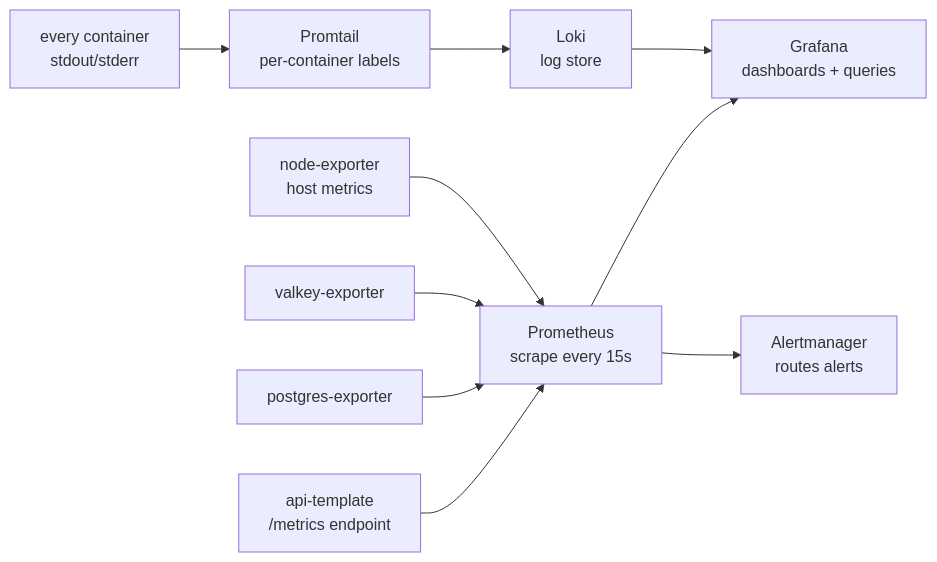
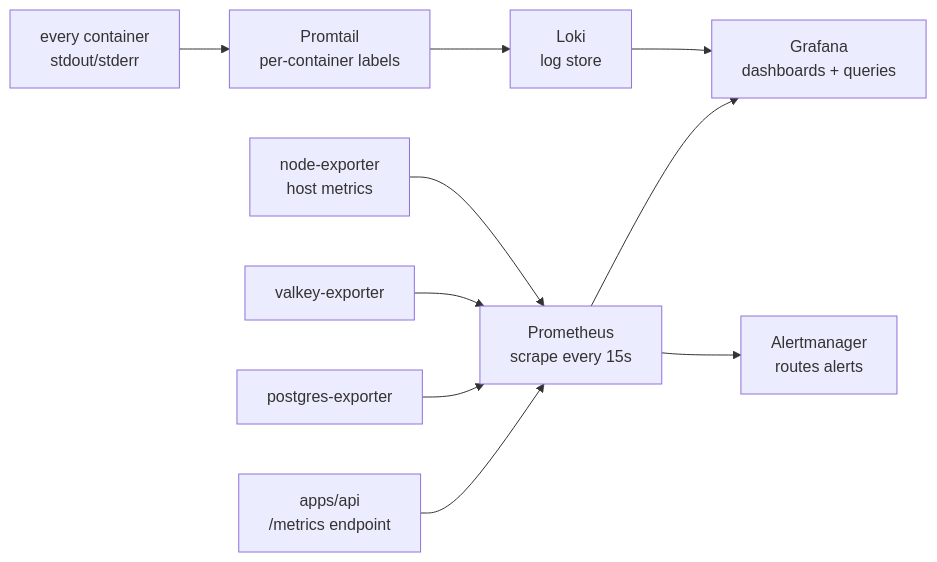
Before and after one commit to boringstack-xyz/boringstack: the diagram in apps/docs/src/content/docs/topics/observability.mdx, drawn with Mermaid. The commit also changed other lines of this file and 122 other files, not shown here.

First line of the commit message:
refactor: update references from api-template to boringstack-api and ui-template to apps/ui

````diff
--- a/apps/docs/src/content/docs/topics/observability.mdx
+++ b/apps/docs/src/content/docs/topics/observability.mdx
@@ -33,21 +33,21 @@
 ```mermaid
 flowchart LR
-  api["api-template<br/>/metrics endpoint"]
+  api["apps/api<br/>/metrics endpoint"]
   pg["postgres-exporter"]
   valkey_exp["valkey-exporter"]
   node["node-exporter<br/>host metrics"]
   prom["Prometheus<br/>scrape every 15s"]
   containers["every container<br/>stdout/stderr"]
   promtail["Promtail<br/>per-container labels"]
   loki["Loki<br/>log store"]
   grafana["Grafana<br/>dashboards + queries"]
   alert["Alertmanager<br/>routes alerts"]
   api --> prom
   pg --> prom
   valkey_exp --> prom
   node --> prom
   containers --> promtail --> loki
   prom --> grafana
   loki --> grafana
   prom --> alert
 ```
````
